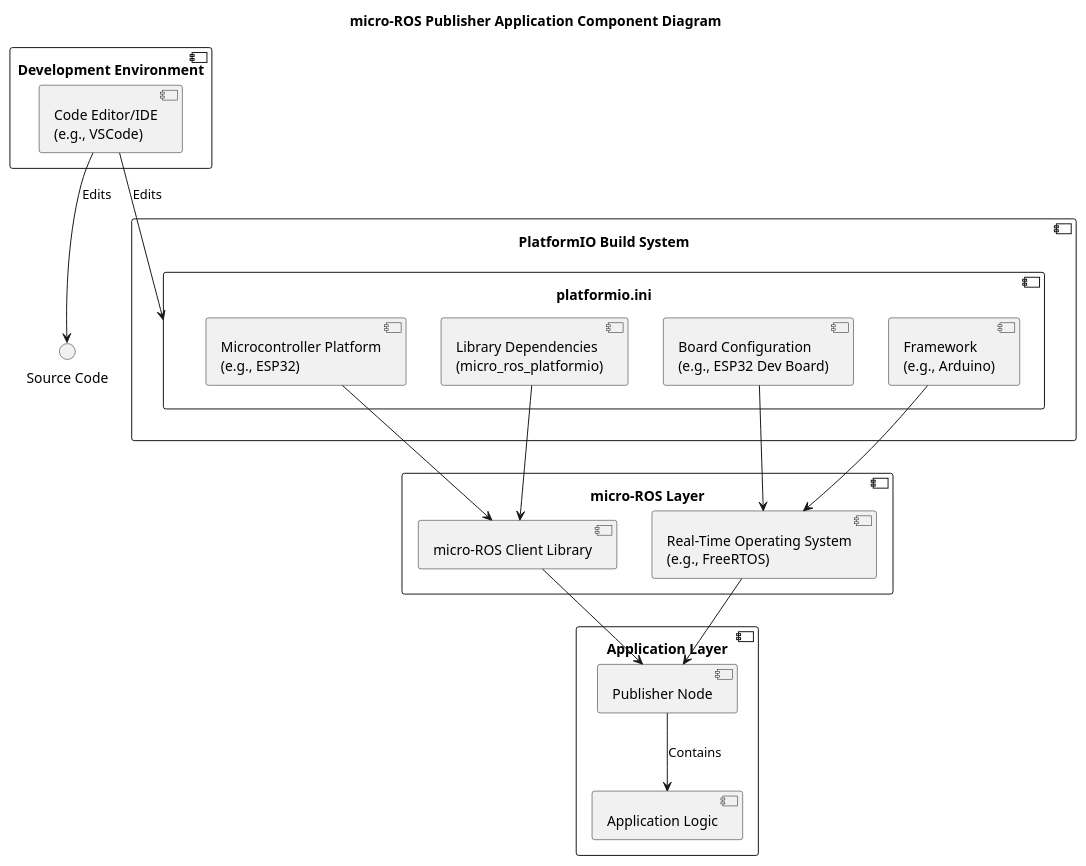
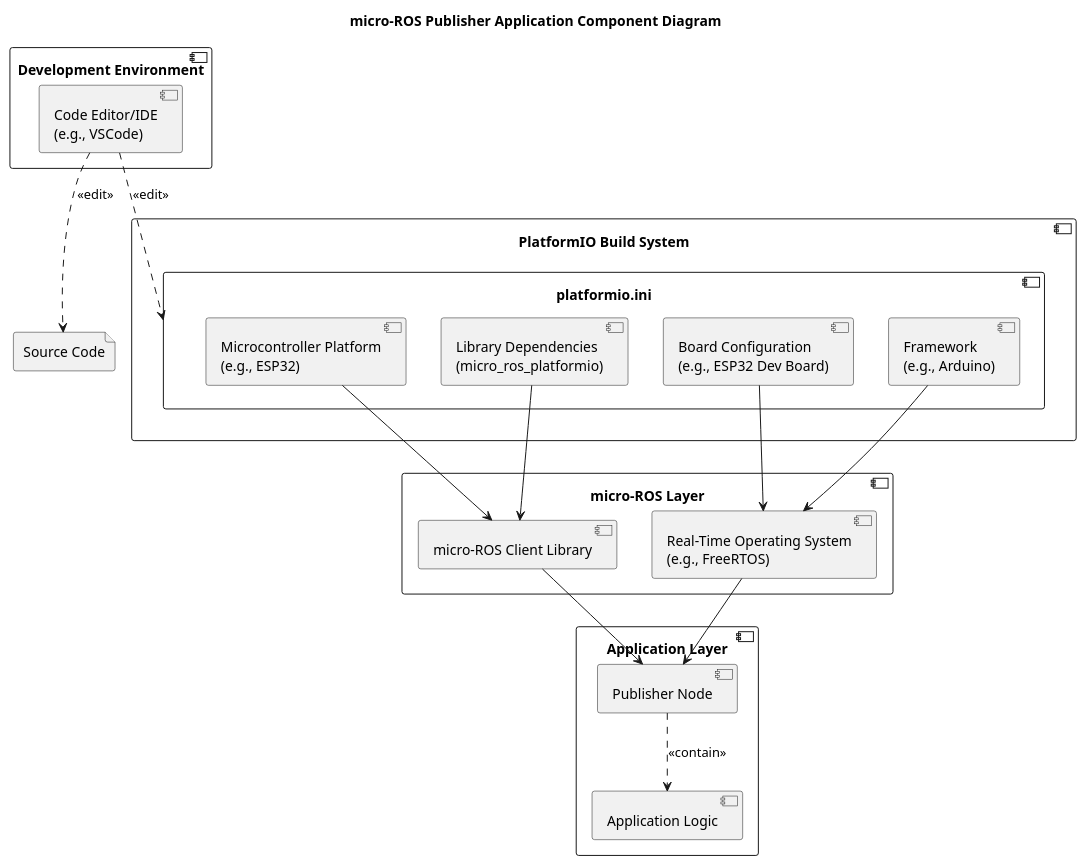
The diagram in doc/ROS2/uml/micro-ros_build_system.puml (BlueAndi/DroidControlShip), drawn with PlantUML before and after one commit. The commit also changed 1 other file, not shown here.

```diff
--- a/doc/ROS2/uml/micro-ros_build_system.puml
+++ b/doc/ROS2/uml/micro-ros_build_system.puml
@@ -1,39 +1,41 @@
 @startuml micro-ros_build_system
 title micro-ROS Publisher Application Component Diagram
 
 component "PlatformIO Build System" {
     component "platformio.ini" as INI {
         component "Microcontroller Platform\n(e.g., ESP32)" as Platform
         component "Board Configuration\n(e.g., ESP32 Dev Board)" as Board
         component "Framework\n(e.g., Arduino)" as Framework
         component "Library Dependencies\n(micro_ros_platformio)" as Libraries
     }
 }
 
 component "micro-ROS Layer" {
     component "micro-ROS Client Library" as ClientLib
     component "Real-Time Operating System\n(e.g., FreeRTOS)" as RTOS
 }
 
 component "Application Layer" {
     component "Publisher Node" as PublisherNode
     component "Application Logic" as AppLogic
 }
 
 component "Development Environment" {
     component "Code Editor/IDE\n(e.g., VSCode)" as Editor
 }
 
-Editor --> INI : Edits
-Editor --> "Source Code" : Edits
+file "Source Code" as sourceCode
+
+Editor ..> INI : <<edit>>
+Editor ..> sourceCode : <<edit>>
 
 Platform --> ClientLib
 Board --> RTOS
 Framework --> RTOS
 Libraries --> ClientLib
 
 ClientLib --> PublisherNode
 RTOS --> PublisherNode
-PublisherNode --> AppLogic : Contains
+PublisherNode ..> AppLogic : <<contain>>
 
 @enduml
```
